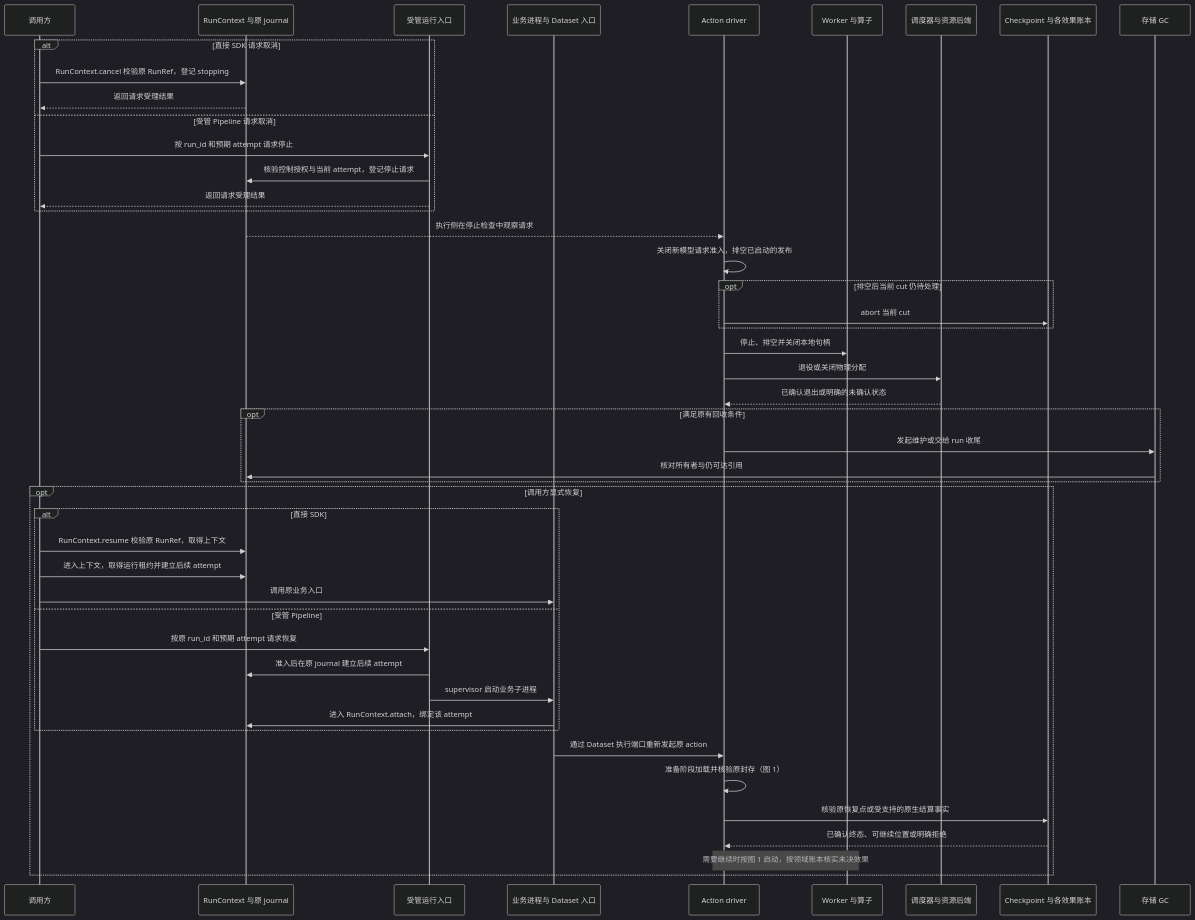
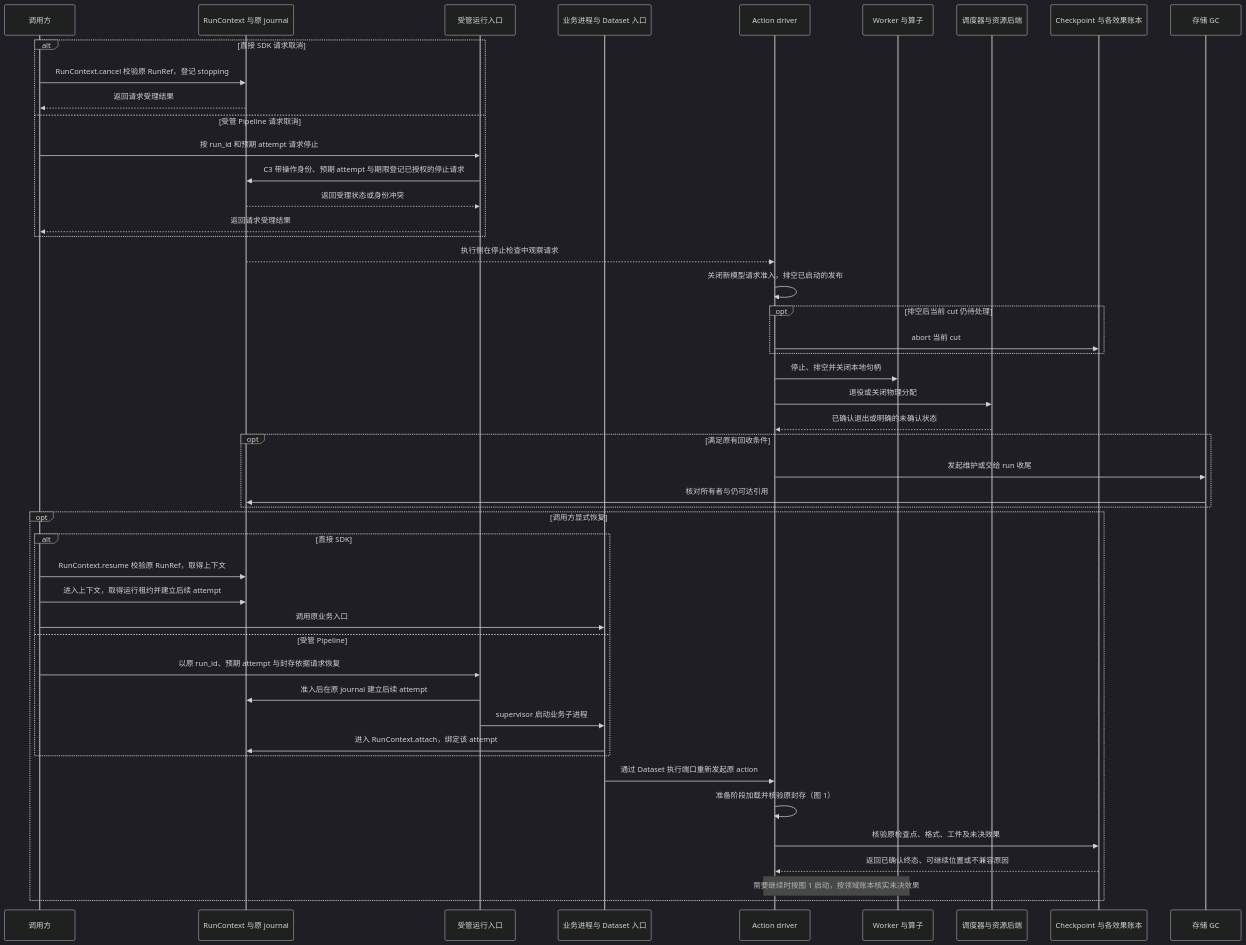
Before and after one commit to vincent9299/demiflow: diagram 14 of 14 in docs/demiflow-architecture.md, drawn with Mermaid (dark theme). The commit also changed other lines of this file, not shown here.

Commit message:
Put inter-module contracts on sequence diagram messages

````diff
--- a/docs/demiflow-architecture.md
+++ b/docs/demiflow-architecture.md
@@ -570,49 +579,50 @@
 ```mermaid
 sequenceDiagram
     participant U as 调用方
     participant R as RunContext 与原 journal
     participant M as 受管运行入口
     participant B as 业务进程与 Dataset 入口
     participant D as Action driver
     participant W as Worker 与算子
     participant Q as 调度器与资源后端
     participant C as Checkpoint 与各效果账本
     participant S as 存储 GC
     alt 直接 SDK 请求取消
         U->>R: RunContext.cancel 校验原 RunRef，登记 stopping
         R-->>U: 返回请求受理结果
     else 受管 Pipeline 请求取消
         U->>M: 按 run_id 和预期 attempt 请求停止
-        M->>R: 核验控制授权与当前 attempt，登记停止请求
+        M->>R: C3 带操作身份、预期 attempt 与期限登记已授权的停止请求
+        R-->>M: 返回受理状态或身份冲突
         M-->>U: 返回请求受理结果
     end
     R-->>D: 执行侧在停止检查中观察请求
     D->>D: 关闭新模型请求准入，排空已启动的发布
     opt 排空后当前 cut 仍待处理
         D->>C: abort 当前 cut
     end
     D->>W: 停止、排空并关闭本地句柄
     D->>Q: 退役或关闭物理分配
     Q-->>D: 已确认退出或明确的未确认状态
     opt 满足原有回收条件
         D->>S: 发起维护或交给 run 收尾
         S->>R: 核对所有者与仍可达引用
     end
     opt 调用方显式恢复
         alt 直接 SDK
             U->>R: RunContext.resume 校验原 RunRef，取得上下文
             U->>R: 进入上下文，取得运行租约并建立后续 attempt
             U->>B: 调用原业务入口
         else 受管 Pipeline
-            U->>M: 按原 run_id 和预期 attempt 请求恢复
+            U->>M: 以原 run_id、预期 attempt 与封存依据请求恢复
             M->>R: 准入后在原 journal 建立后续 attempt
             M->>B: supervisor 启动业务子进程
             B->>R: 进入 RunContext.attach，绑定该 attempt
         end
         B->>D: 通过 Dataset 执行端口重新发起原 action
         D->>D: 准备阶段加载并核验原封存（图 1）
-        D->>C: 核验原恢复点或受支持的原生结算事实
-        C-->>D: 已确认终态、可继续位置或明确拒绝
+        D->>C: 核验原检查点、格式、工件及未决效果
+        C-->>D: 返回已确认终态、可继续位置或不兼容原因
         Note over D,W: 需要继续时按图 1 启动，按领域账本核实未决效果
     end
 ```
````
